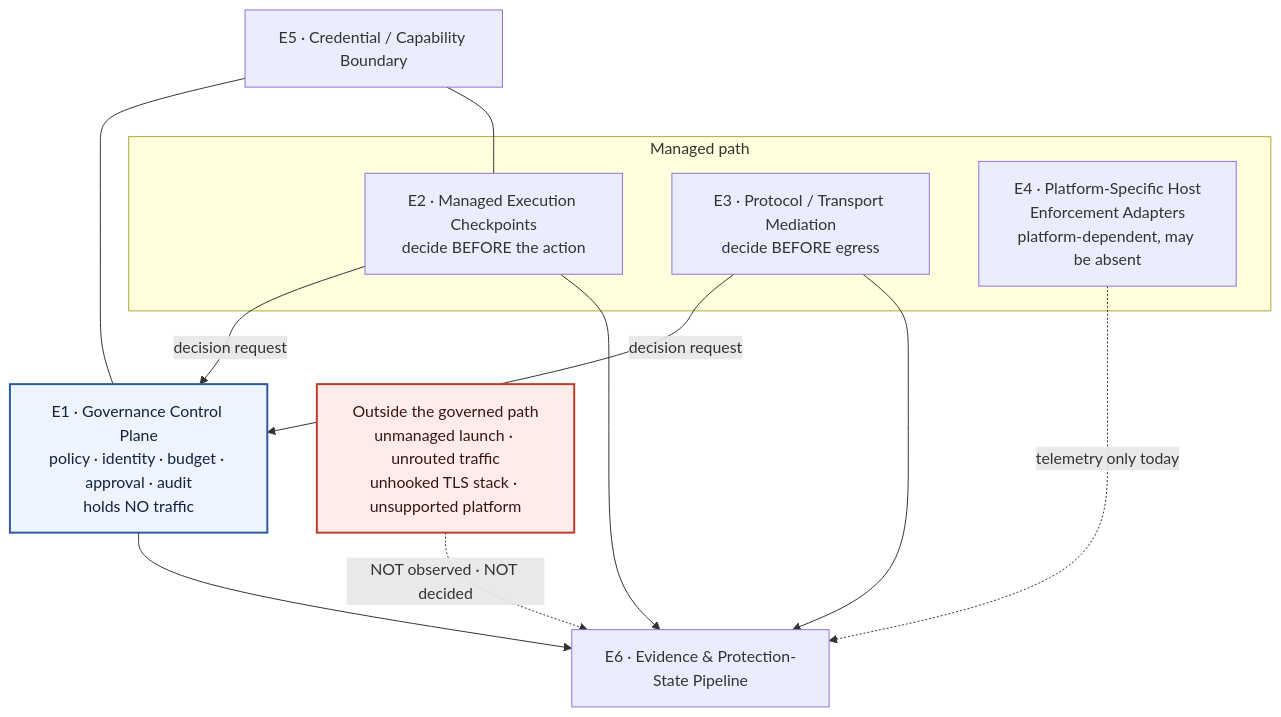
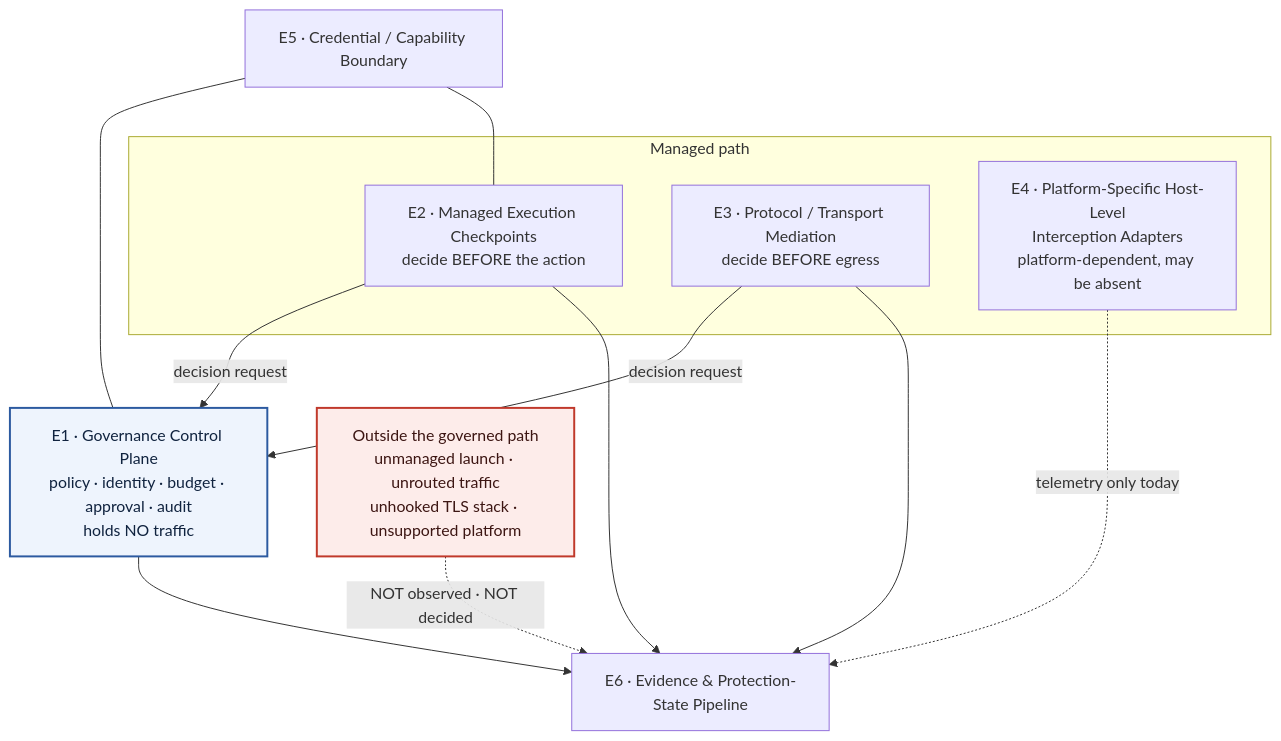
One commit to ai-agent-assembly/agent-assembly changed the diagram in docs/src/adr/0033-canonical-governance-and-enforcement-architecture.md. Above: the diagram before and after it, drawn with Mermaid. The commit also changed other lines of this file, not shown here.

First line of the commit message:
📝 (adr): Finish the E4 rename in the diagram, table header and risks

````diff
--- a/docs/src/adr/0033-canonical-governance-and-enforcement-architecture.md
+++ b/docs/src/adr/0033-canonical-governance-and-enforcement-architecture.md
@@ -278,27 +278,27 @@
 ```mermaid
 flowchart TB
     subgraph MP["Managed path"]
         E2["E2 · Managed Execution Checkpoints<br/>decide BEFORE the action"]
         E3["E3 · Protocol / Transport Mediation<br/>decide BEFORE egress"]
-        E4["E4 · Platform-Specific Host<br/>Enforcement Adapters<br/>platform-dependent, may be absent"]
+        E4["E4 · Platform-Specific Host-Level<br/>Interception Adapters<br/>platform-dependent, may be absent"]
     end
     E1["E1 · Governance Control Plane<br/>policy · identity · budget · approval · audit<br/>holds NO traffic"]
     E5["E5 · Credential / Capability Boundary"]
     E6["E6 · Evidence & Protection-State Pipeline"]
     OUT["Outside the governed path<br/>unmanaged launch · unrouted traffic<br/>unhooked TLS stack · unsupported platform"]
 
     E2 -->|"decision request"| E1
     E3 -->|"decision request"| E1
     E4 -.->|"telemetry only today"| E6
     E1 --> E6
     E2 --> E6
     E3 --> E6
     E5 --- E1
     E5 --- E2
     OUT -.->|"NOT observed · NOT decided"| E6
 
     classDef plane fill:#eef4fd,stroke:#2c5aa0,stroke-width:2px,color:#10233f
     classDef outside fill:#fdecea,stroke:#c0392b,stroke-width:2px,color:#3c1512
     class E1 plane
     class OUT outside
 ```
````
